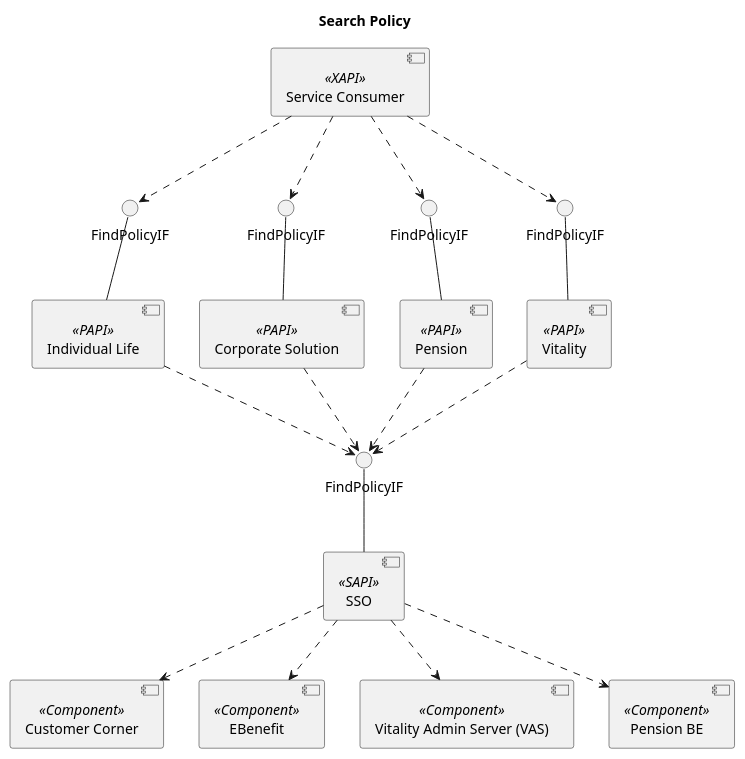
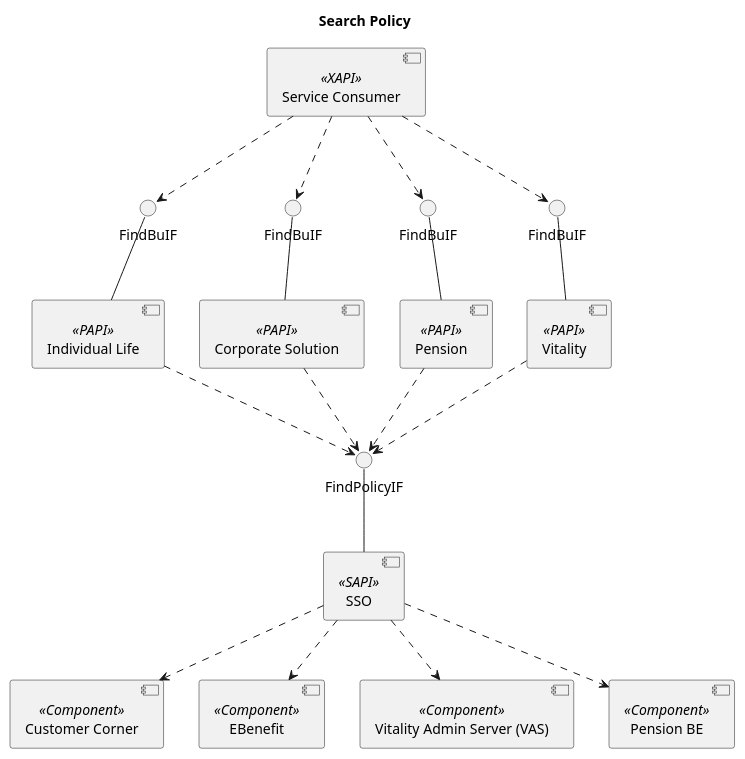
The diagram in DDD/src/main/plantuml/UserRegistration/find_policy_By_SSO-component.puml (dennisholee/ArchitectureDojo), drawn with PlantUML before and after one commit.

```diff
--- a/DDD/src/main/plantuml/UserRegistration/find_policy_By_SSO-component.puml
+++ b/DDD/src/main/plantuml/UserRegistration/find_policy_By_SSO-component.puml
@@ -1,47 +1,47 @@
 @startuml
 
 Title Search Policy
 
 component [Service Consumer] as SC << XAPI >>
 component [Individual Life] as IL << PAPI >>
 component [Corporate Solution] as CS << PAPI >>
 component [Pension] as PT << PAPI >>
 component [Vitality] as VT << PAPI >>
 
 component [SSO] as SSO << SAPI >>
 
 component [Customer Corner] as CC << Component >>
 component [EBenefit] as EB << Component >>
 component [Vitality Admin Server (VAS)] as VAS << Component >>
 component [Pension BE] as PTBE << Component >>
 
-interface FindPolicyIF as PII1
-interface FindPolicyIF as PII2
-interface FindPolicyIF as PII3
-interface FindPolicyIF as PII4
+interface FindBuIF as PII1
+interface FindBuIF as PII2
+interface FindBuIF as PII3
+interface FindBuIF as PII4
 
 interface FindPolicyIF as PII5
 
 SC .d.> PII1
 SC .d.> PII2
 SC .d.> PII3
 SC .d.> PII4
 
 PII1 -d- IL
 PII2 -d- CS
 PII3 -d- PT
 PII4 -d- VT
 
 IL .d.> PII5
 CS .d.> PII5
 PT .d.> PII5
 VT .d.> PII5
 
 PII5 -d- SSO
 
 SSO .d.> CC
 SSO .d.> EB
 SSO .d.> VAS
 SSO .d.> PTBE
 
 @enduml
```
